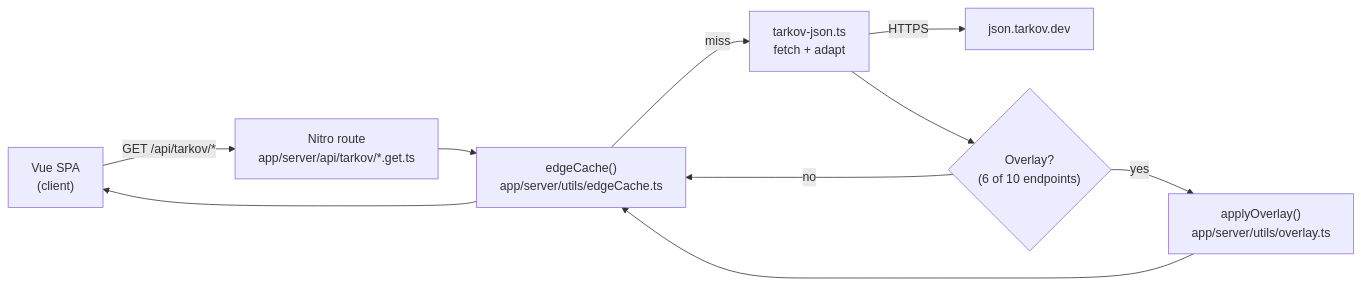
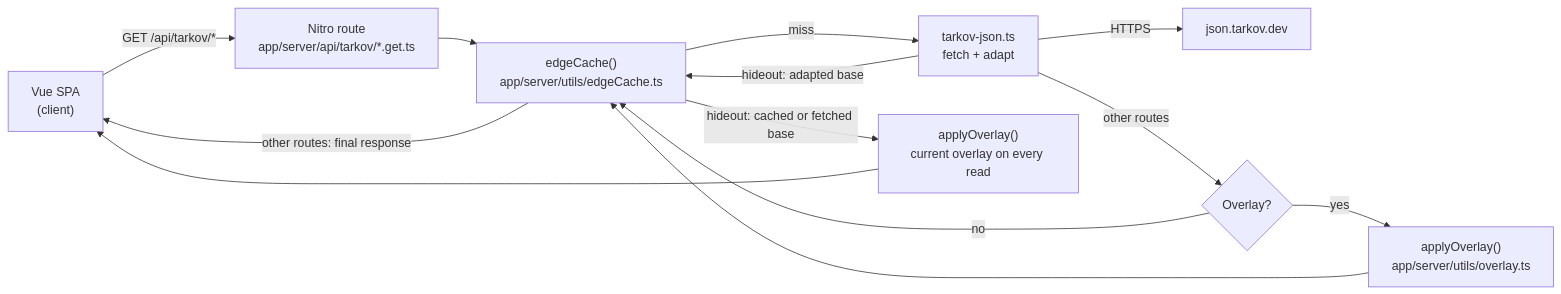
The first of 9 diagrams in docs/SYSTEMS.md (tarkovtracker-org/TarkovTracker), drawn with Mermaid before and after one commit. The commit also changed other lines of this file and 99 other files, not shown here.

````diff
--- a/docs/SYSTEMS.md
+++ b/docs/SYSTEMS.md
@@ -100,12 +102,15 @@
 ```mermaid
 flowchart LR
     Browser["Vue SPA<br/>(client)"] -->|GET /api/tarkov/*| Route["Nitro route<br/>app/server/api/tarkov/*.get.ts"]
     Route --> Cache["edgeCache()<br/>app/server/utils/edgeCache.ts"]
     Cache -->|miss| Fetch["tarkov-json.ts<br/>fetch + adapt"]
     Fetch -->|HTTPS| Upstream["json.tarkov.dev"]
-    Fetch --> Overlay{"Overlay?<br/>(6 of 10 endpoints)"}
+    Fetch -->|hideout: adapted base| Cache
+    Fetch -->|other routes| Overlay{"Overlay?"}
     Overlay -->|yes| ApplyOverlay["applyOverlay()<br/>app/server/utils/overlay.ts"]
     Overlay -->|no| Cache
     ApplyOverlay --> Cache
-    Cache --> Browser
+    Cache -->|other routes: final response| Browser
+    Cache -->|hideout: cached or fetched base| HideoutOverlay["applyOverlay()<br/>current overlay on every read"]
+    HideoutOverlay --> Browser
 ```
````
